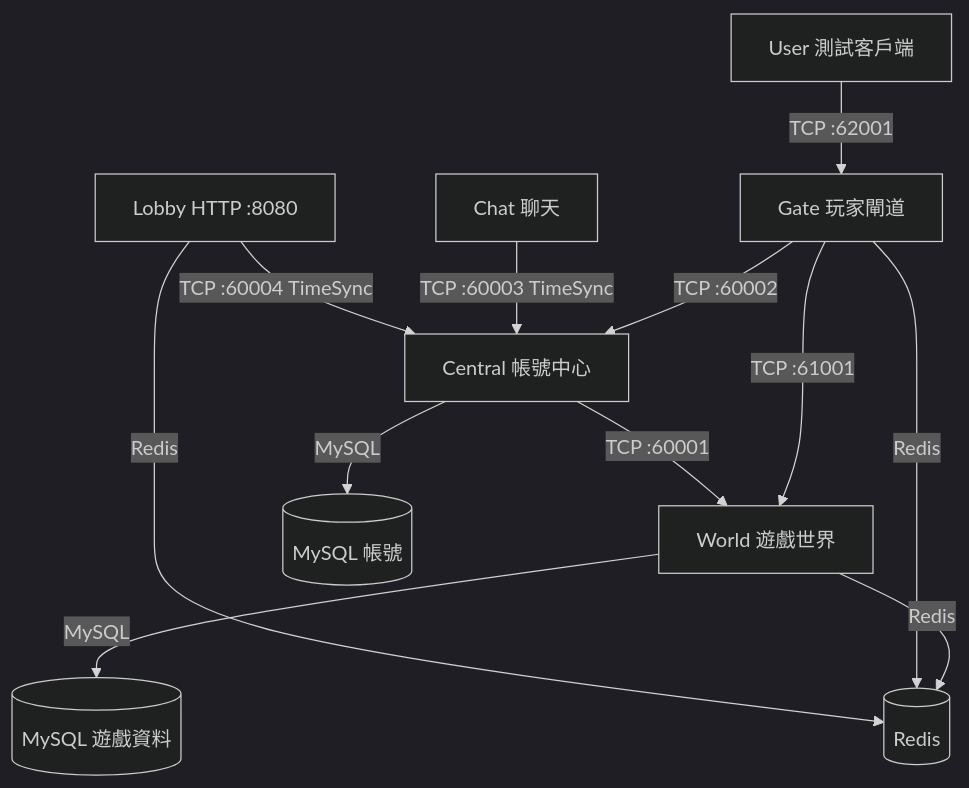
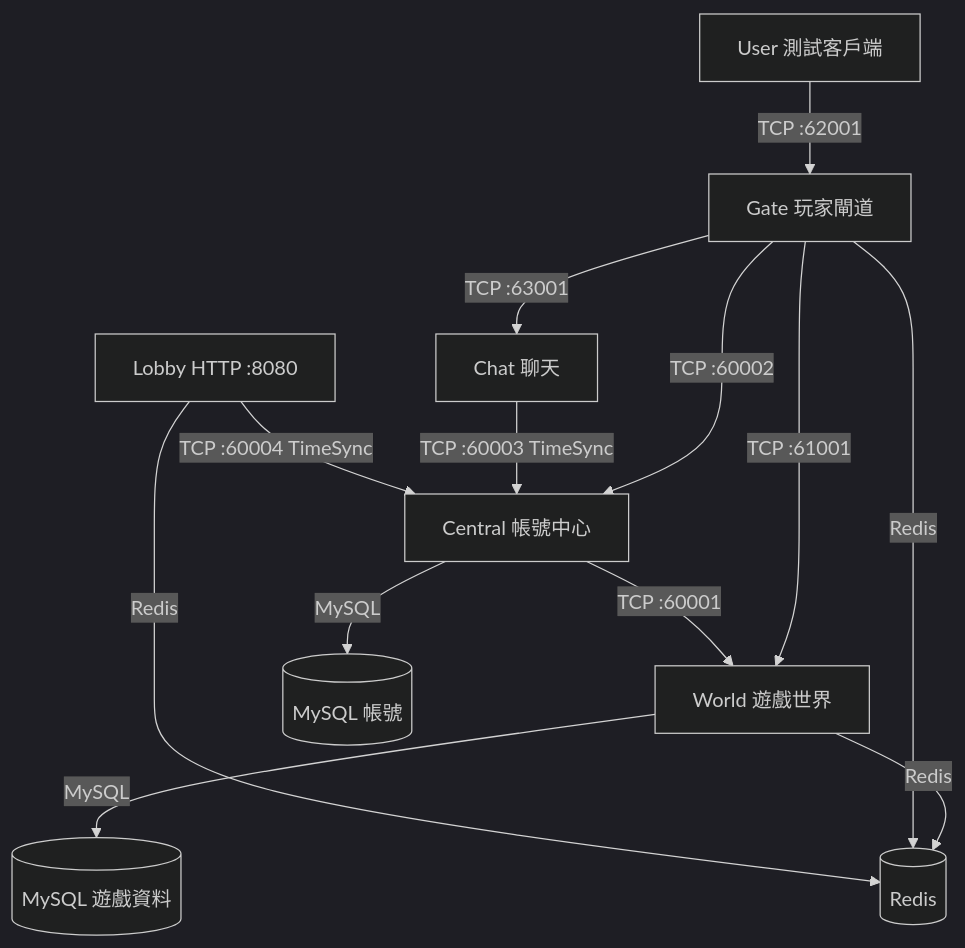
One commit to koebel0521/docs changed the first of 2 diagrams in 00-導讀/模組關係.md. Above: the diagram before and after it, drawn with Mermaid (dark theme). The commit also changed other lines of this file, not shown here.

First line of the commit message:
docs: 模組關係修正訊息來源檔、S2S 預留範圍與 Gate→Chat (DC-M1, DC-M2)

````diff
--- a/00-導讀/模組關係.md
+++ b/00-導讀/模組關係.md
@@ -10,14 +10,15 @@
 ```mermaid
 graph TD
     User["User 測試客戶端"] -->|TCP :62001| Gate
     Gate["Gate 玩家閘道"] -->|TCP :60002| Central
     Gate -->|TCP :61001| World
+    Gate -->|TCP :63001| Chat
     Central["Central 帳號中心"] -->|TCP :60001| World["World 遊戲世界"]
     Chat["Chat 聊天"] -->|TCP :60003 TimeSync| Central
     Lobby -->|TCP :60004 TimeSync| Central
     Central -->|MySQL| DB[(MySQL 帳號)]
     World -->|Redis| Cache[(Redis)]
     World -->|MySQL| GameDB[(MySQL 遊戲資料)]
     Gate -->|Redis| Cache
     Lobby["Lobby HTTP :8080"] -->|Redis| Cache
 ```
````
